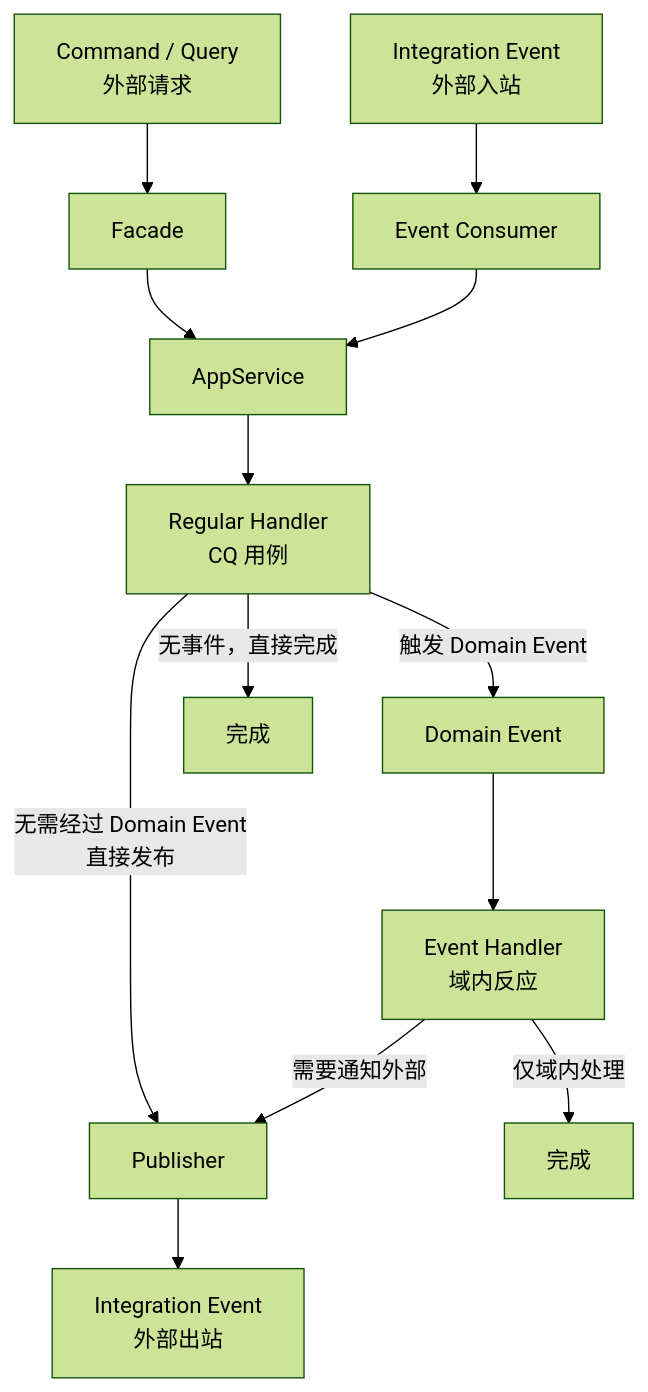
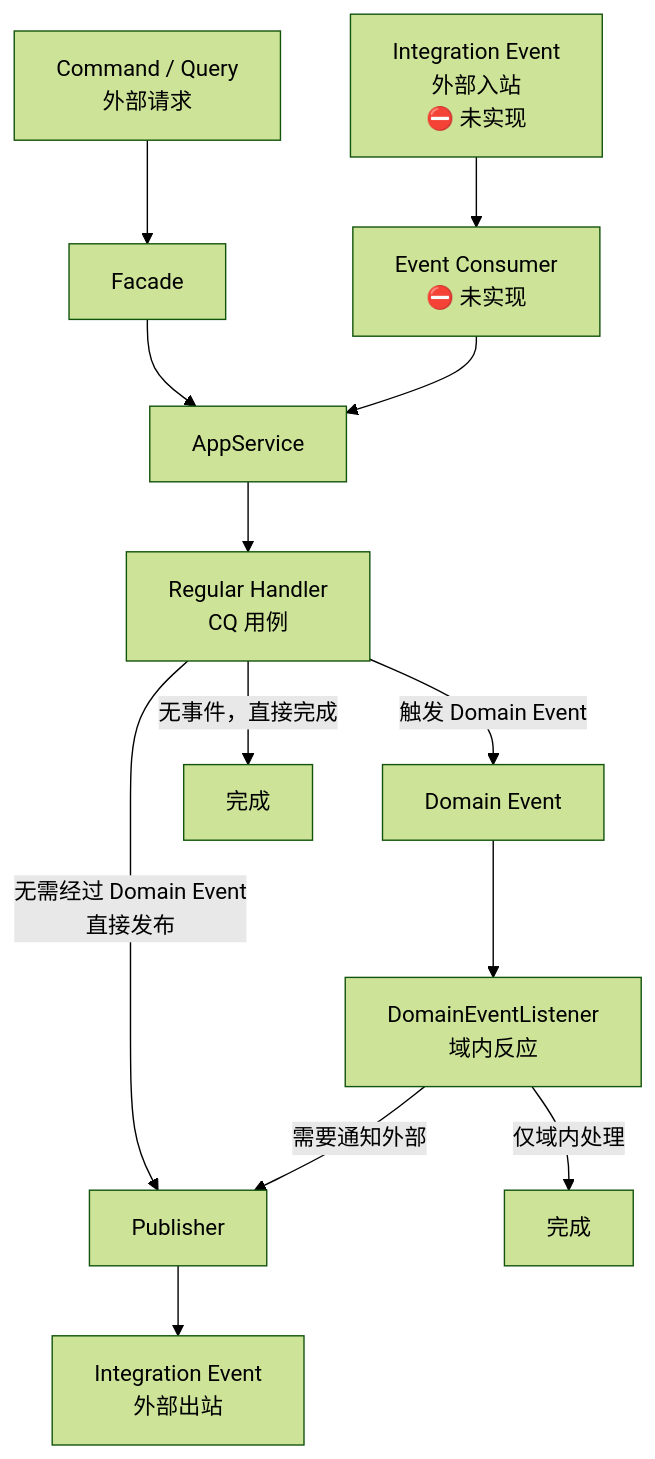
Before and after one commit to yoursweakfoe/ywf-ddd-java: the diagram in docs/application/cookbook/event-flow.md, drawn with Mermaid (forest theme). The commit also changed other lines of this file and 67 other files, not shown here.

````diff
--- a/docs/application/cookbook/event-flow.md
+++ b/docs/application/cookbook/event-flow.md
@@ -40,20 +40,20 @@
 ```mermaid
 graph TB
-    IE_IN[Integration Event<br/>外部入站] --> EC[Event Consumer]
+    IE_IN[Integration Event<br/>外部入站<br/>⛔ 未实现] --> EC[Event Consumer<br/>⛔ 未实现]
     CQ[Command / Query<br/>外部请求] --> FA[Facade]
 
     EC --> AS[AppService]
     FA --> AS
 
     AS --> RH[Regular Handler<br/>CQ 用例]
 
     RH -->|触发 Domain Event| DE[Domain Event]
     RH -->|无事件，直接完成| DONE2[完成]
-    DE --> EH[Event Handler<br/>域内反应]
+    DE --> EL[DomainEventListener<br/>域内反应]
 
-    EH -->|需要通知外部| PUB[Publisher]
-    EH -->|仅域内处理| DONE[完成]
+    EL -->|需要通知外部| PUB[Publisher]
+    EL -->|仅域内处理| DONE[完成]
     RH -->|无需经过 Domain Event<br/>直接发布| PUB
 
     PUB --> IE_OUT[Integration Event<br/>外部出站]
 ```
````
